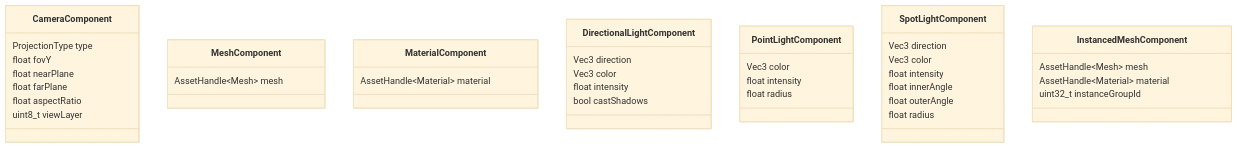
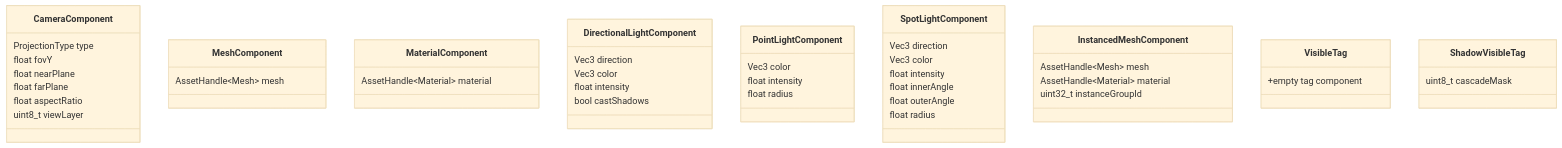
Before and after one commit to pixelperfect3/sama: the second of 8 diagrams in docs/RENDERING_ARCHITECTURE.md, drawn with Mermaid (base theme). The commit also changed other lines of this file, not shown here.

First line of the commit message:
docs: update rendering architecture with threading model

````diff
--- a/docs/RENDERING_ARCHITECTURE.md
+++ b/docs/RENDERING_ARCHITECTURE.md
@@ -44,47 +72,55 @@
 ```mermaid
 classDiagram
     class CameraComponent {
         ProjectionType type
         float fovY
         float nearPlane
         float farPlane
         float aspectRatio
         uint8_t viewLayer
     }
 
     class MeshComponent {
         AssetHandle~Mesh~ mesh
     }
 
     class MaterialComponent {
         AssetHandle~Material~ material
     }
 
     class DirectionalLightComponent {
         Vec3 direction
         Vec3 color
         float intensity
         bool castShadows
     }
 
     class PointLightComponent {
         Vec3 color
         float intensity
         float radius
     }
 
     class SpotLightComponent {
         Vec3 direction
         Vec3 color
         float intensity
         float innerAngle
         float outerAngle
         float radius
     }
 
     class InstancedMeshComponent {
         AssetHandle~Mesh~ mesh
         AssetHandle~Material~ material
         uint32_t instanceGroupId
     }
+
+    class VisibleTag {
+        +empty tag component
+    }
+
+    class ShadowVisibleTag {
+        uint8_t cascadeMask
+    }
 ```
````
